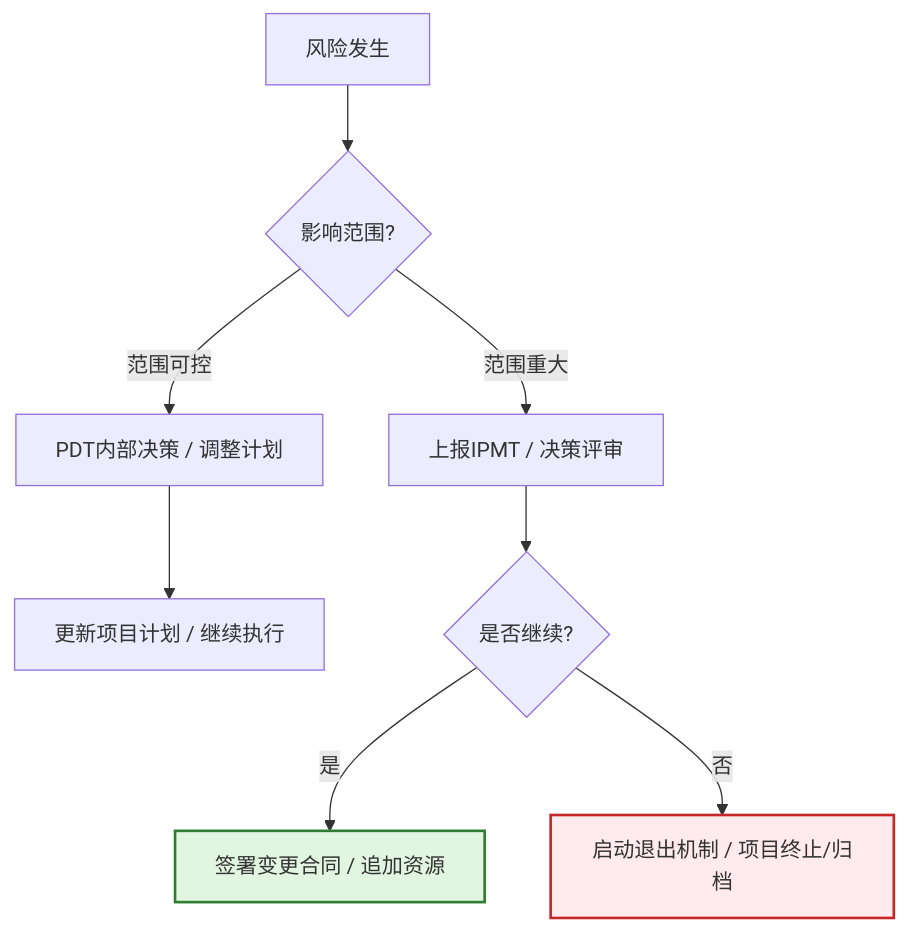
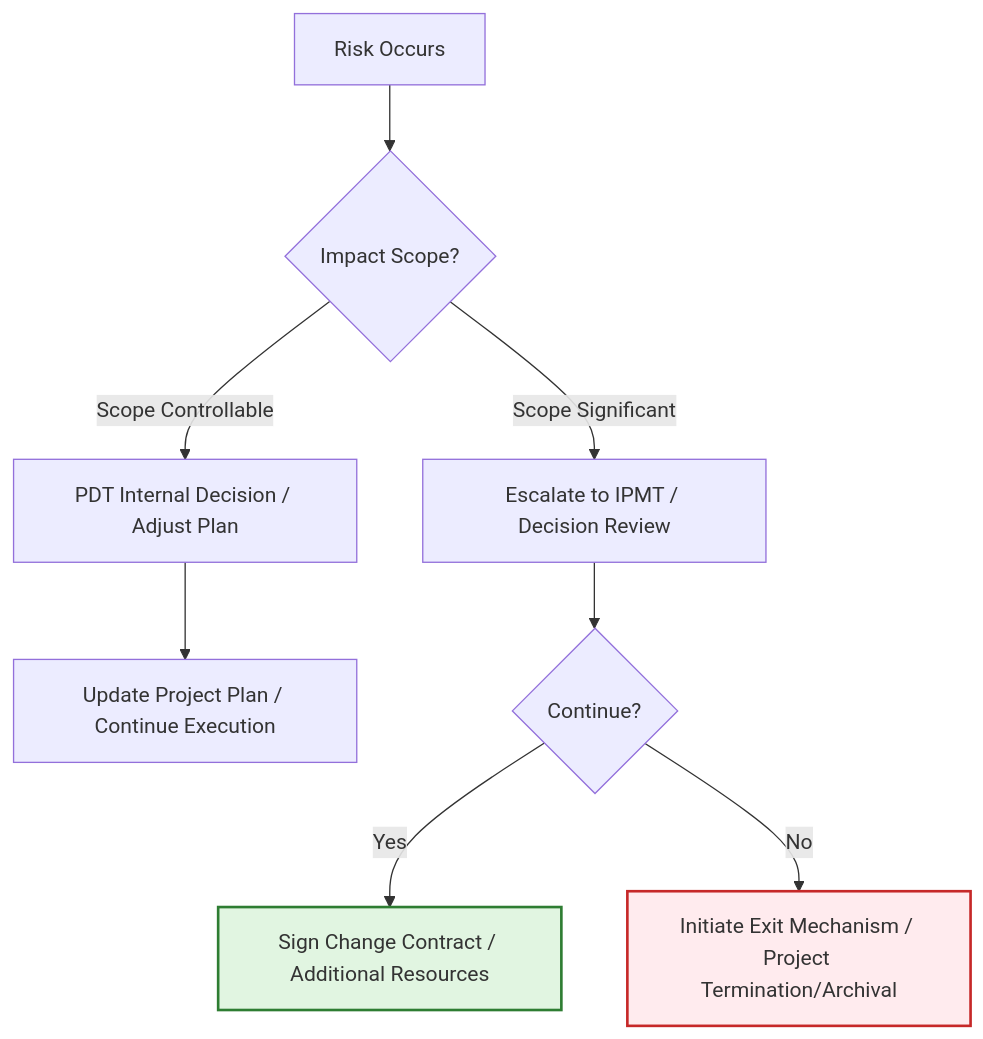
One commit to Kirky-X/cangjie changed the tenth of 11 diagrams in templates/产品/战略层/【模板】项目任务书.md. Above: the diagram before and after it, drawn with Mermaid. The commit also changed other lines of this file and 60 other files, not shown here.

````diff
--- a/templates/产品/战略层/【模板】项目任务书.md
+++ b/templates/产品/战略层/【模板】项目任务书.md
@@ -544,13 +544,13 @@
 ```mermaid
 flowchart TD
-    A[风险发生] --> B{影响范围?}
-    B -->|范围可控| C[PDT内部决策 / 调整计划]
-    B -->|范围重大| D[上报IPMT / 决策评审]
-    C --> E[更新项目计划 / 继续执行]
-    D --> F{是否继续?}
-    F -->|是| G[签署变更合同 / 追加资源]
-    F -->|否| H[启动退出机制 / 项目终止/归档]
+    A[Risk Occurs] --> B{Impact Scope?}
+    B -->|Scope Controllable| C[PDT Internal Decision / Adjust Plan]
+    B -->|Scope Significant| D[Escalate to IPMT / Decision Review]
+    C --> E[Update Project Plan / Continue Execution]
+    D --> F{Continue?}
+    F -->|Yes| G[Sign Change Contract / Additional Resources]
+    F -->|No| H[Initiate Exit Mechanism / Project Termination/Archival]
 
     style H fill:#ffebee,stroke:#c62828,stroke-width:2px
     style G fill:#e1f5e1,stroke:#2e7d32,stroke-width:2px
 ```
````
